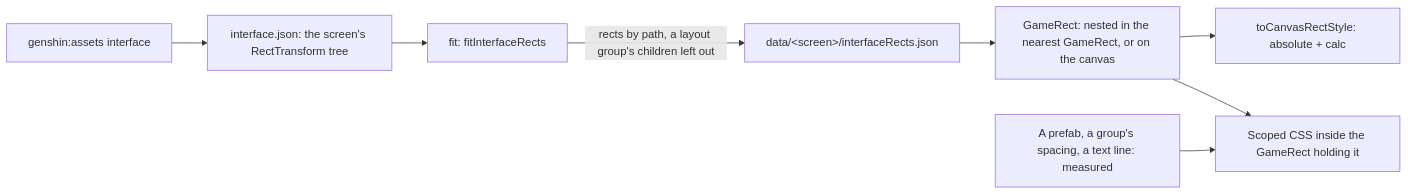
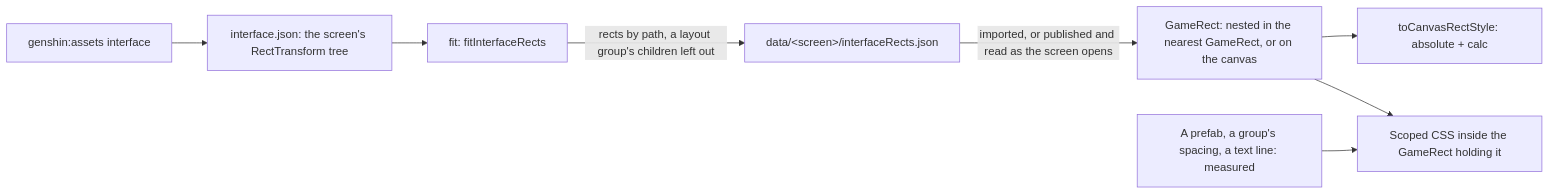
The diagram in apps/web/content/docs/genshin/interface-layout.md (Esposter/Esposter), drawn with Mermaid before and after one commit. The commit also changed other lines of this file and 88 other files, not shown here.

````diff
--- a/apps/web/content/docs/genshin/interface-layout.md
+++ b/apps/web/content/docs/genshin/interface-layout.md
@@ -12,10 +12,10 @@
 ```mermaid
 flowchart LR
   EX["genshin:assets interface"] --> TREE["interface.json: the screen's RectTransform tree"]
   TREE --> FIT["fit: fitInterfaceRects"]
   FIT -->|"rects by path, a layout group's children left out"| DATA["data/&lt;screen&gt;/interfaceRects.json"]
-  DATA --> RECT["GameRect: nested in the nearest GameRect, or on the canvas"]
+  DATA -->|"imported, or published and read as the screen opens"| RECT["GameRect: nested in the nearest GameRect, or on the canvas"]
   RECT --> CSS["toCanvasRectStyle: absolute + calc"]
   MEASURED["A prefab, a group's spacing, a text line: measured"] --> LEAF["Scoped CSS inside the GameRect holding it"]
   RECT --> LEAF
 ```
````
